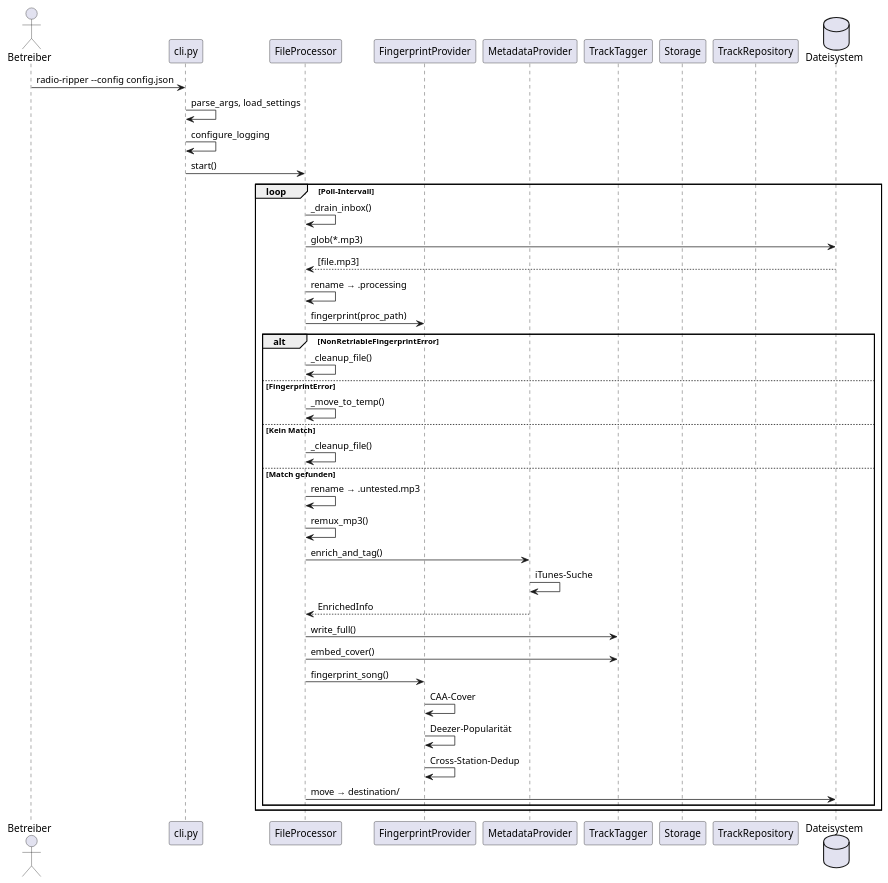
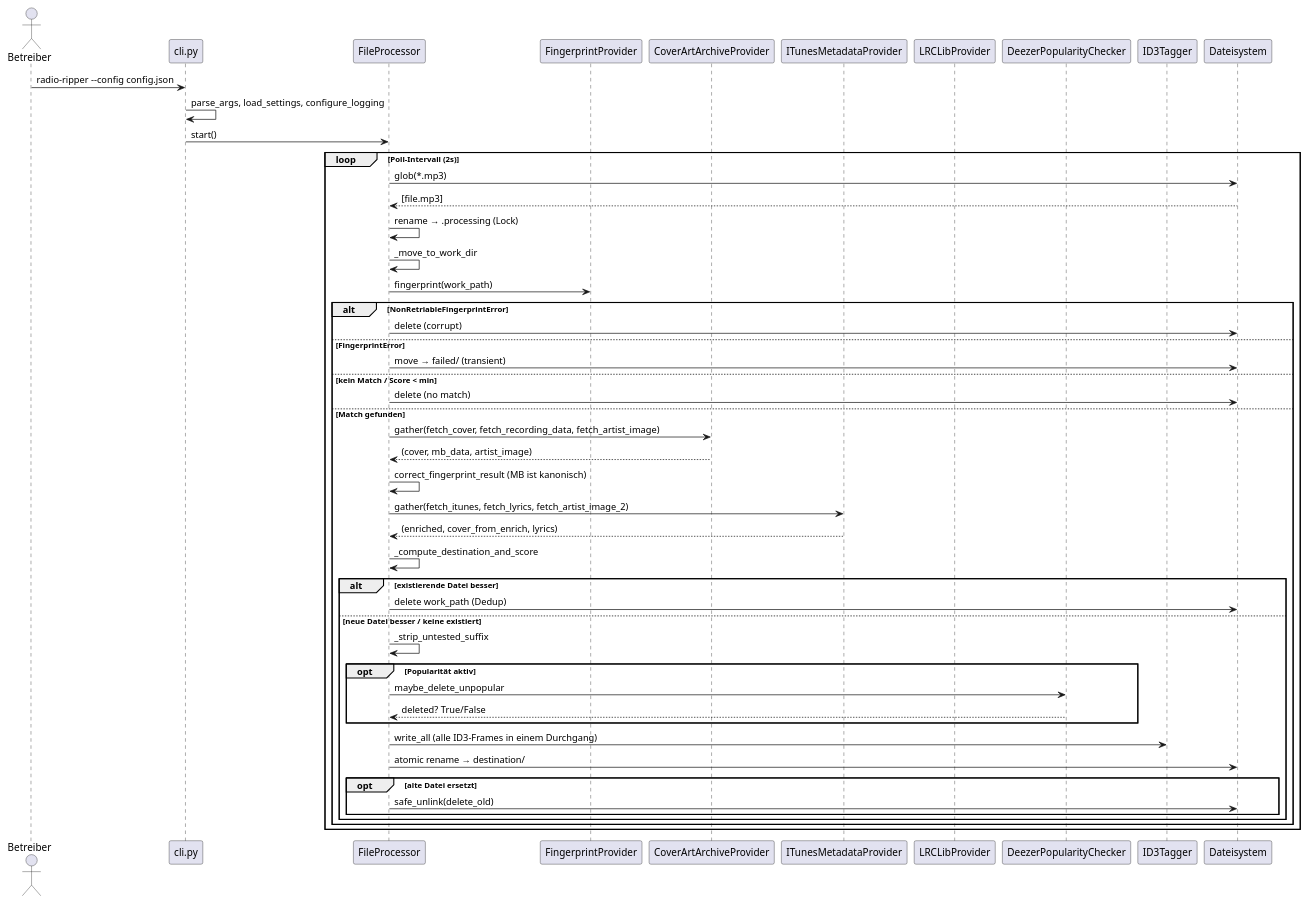
One commit to domoskanonos/mp3tagger changed the diagram in docs/diagrams/runtime_flow.puml. Above: the diagram before and after it, drawn with PlantUML. The commit also changed 21 other files, not shown here.

```diff
--- a/docs/diagrams/runtime_flow.puml
+++ b/docs/diagrams/runtime_flow.puml
@@ -1,48 +1,58 @@
 @startuml radio-ripper-tag Runtime: MP3-Tagging-Pipeline
 
 actor Betreiber
 participant CLI as "cli.py"
 participant Processor as "FileProcessor"
 participant FP as "FingerprintProvider"
-participant META as "MetadataProvider"
-participant TAG as "TrackTagger"
-participant STORE as "Storage"
-participant REPO as "TrackRepository"
-database FS as "Dateisystem"
+participant CAA_MB as "CoverArtArchiveProvider"
+participant META as "ITunesMetadataProvider"
+participant LYRICS as "LRCLibProvider"
+participant POP as "DeezerPopularityChecker"
+participant TAG as "ID3Tagger"
+participant FS as "Dateisystem"
 
 Betreiber -> CLI: radio-ripper --config config.json
-CLI -> CLI: parse_args, load_settings
-CLI -> CLI: configure_logging
+CLI -> CLI: parse_args, load_settings, configure_logging
 CLI -> Processor: start()
 
-loop Poll-Intervall
-    Processor -> Processor: _drain_inbox()
+loop Poll-Intervall (2s)
     Processor -> FS: glob(*.mp3)
     FS --> Processor: [file.mp3]
+    Processor -> Processor: rename → .processing (Lock)
+    Processor -> Processor: _move_to_work_dir
 
-    Processor -> Processor: rename → .processing
+    Processor -> FP: fingerprint(work_path)
+    alt NonRetriableFingerprintError
+        Processor -> FS: delete (corrupt)
+    else FingerprintError
+        Processor -> FS: move → failed/ (transient)
+    else kein Match / Score < min
+        Processor -> FS: delete (no match)
+    else Match gefunden
 
-    Processor -> FP: fingerprint(proc_path)
-    alt NonRetriableFingerprintError
-        Processor -> Processor: _cleanup_file()
-    else FingerprintError
-        Processor -> Processor: _move_to_temp()
-    else Kein Match
-        Processor -> Processor: _cleanup_file()
-    else Match gefunden
-        Processor -> Processor: rename → .untested.mp3
-        Processor -> Processor: remux_mp3()
-        Processor -> META: enrich_and_tag()
-        META -> META: iTunes-Suche
-        META --> Processor: EnrichedInfo
-        Processor -> TAG: write_full()
-        Processor -> TAG: embed_cover()
-        Processor -> FP: fingerprint_song()
-        FP -> FP: CAA-Cover
-        FP -> FP: Deezer-Popularität
-        FP -> FP: Cross-Station-Dedup
-        Processor -> FS: move → destination/
+        Processor -> CAA_MB: gather(fetch_cover, fetch_recording_data, fetch_artist_image)
+        CAA_MB --> Processor: (cover, mb_data, artist_image)
+
+        Processor -> Processor: correct_fingerprint_result (MB ist kanonisch)
+        Processor -> META: gather(fetch_itunes, fetch_lyrics, fetch_artist_image_2)
+        META --> Processor: (enriched, cover_from_enrich, lyrics)
+
+        Processor -> Processor: _compute_destination_and_score
+        alt existierende Datei besser
+            Processor -> FS: delete work_path (Dedup)
+        else neue Datei besser / keine existiert
+            Processor -> Processor: _strip_untested_suffix
+            opt Popularität aktiv
+                Processor -> POP: maybe_delete_unpopular
+                POP --> Processor: deleted? True/False
+            end
+            Processor -> TAG: write_all (alle ID3-Frames in einem Durchgang)
+            Processor -> FS: atomic rename → destination/
+            opt alte Datei ersetzt
+                Processor -> FS: safe_unlink(delete_old)
+            end
+        end
     end
 end
 
 @enduml
```
